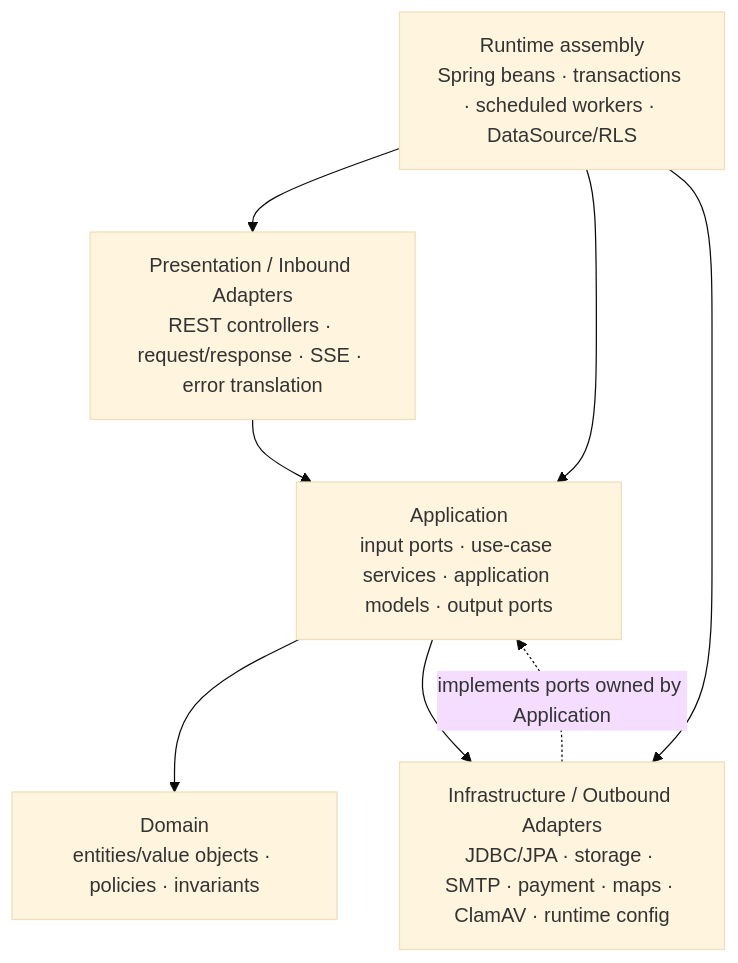
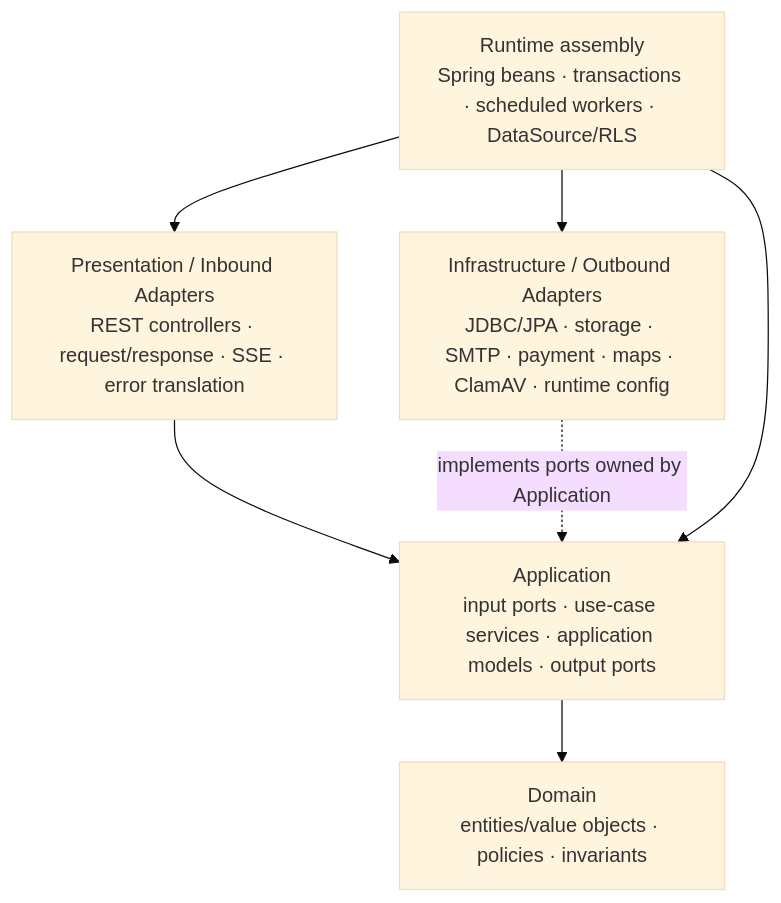
One commit to nexa-suite/blueprint changed the diagram in 04-architecture/layering/api-layering-principles.md. Above: the diagram before and after it, drawn with Mermaid (base theme). The commit also changed other lines of this file and 66 other files, not shown here.

````diff
--- a/04-architecture/layering/api-layering-principles.md
+++ b/04-architecture/layering/api-layering-principles.md
@@ -18,16 +19,15 @@
 ```mermaid
 flowchart TB
     P["Presentation / Inbound Adapters\nREST controllers · request/response · SSE · error translation"]
     A["Application\ninput ports · use-case services · application models · output ports"]
     D["Domain\nentities/value objects · policies · invariants"]
     I["Infrastructure / Outbound Adapters\nJDBC/JPA · storage · SMTP · payment · maps · ClamAV · runtime config"]
     R["Runtime assembly\nSpring beans · transactions · scheduled workers · DataSource/RLS"]
 
     P --> A
     A --> D
-    A --> I
     I -. "implements ports owned by Application" .-> A
     R --> P
     R --> A
     R --> I
 ```
````
